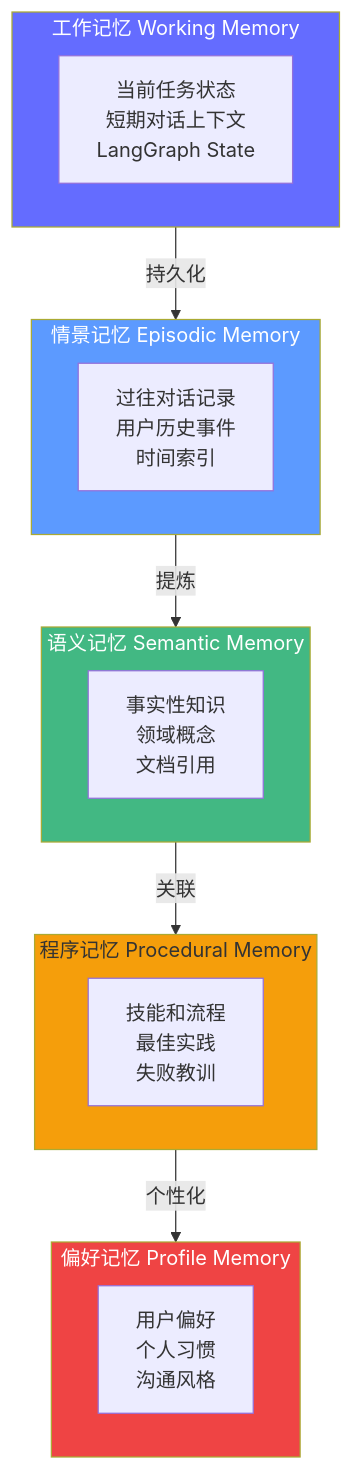
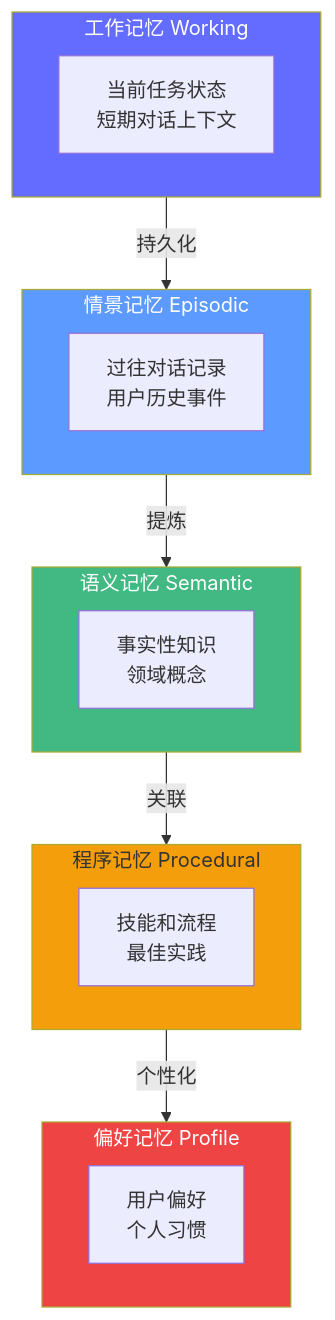
One commit to luoboask/fde-learning changed the diagram in docs-tools/agentic-ai/06-agent-memory.md. Above: the diagram before and after it, drawn with Mermaid. The commit also changed other lines of this file and 6 other files, not shown here.

First line of the commit message:
修复 Mermaid 语法错误，增加 05/06 章节技术深度

````diff
--- a/docs-tools/agentic-ai/06-agent-memory.md
+++ b/docs-tools/agentic-ai/06-agent-memory.md
@@ -34,33 +31,33 @@
 ```mermaid
 flowchart TD
-    subgraph L1["工作记忆 Working Memory"]
-        A["当前任务状态\n短期对话上下文\nLangGraph State"]
+    subgraph L1["工作记忆 Working"]
+        A["当前任务状态\n短期对话上下文"]
     end
 
-    subgraph L2["情景记忆 Episodic Memory"]
-        B["过往对话记录\n用户历史事件\n时间索引"]
+    subgraph L2["情景记忆 Episodic"]
+        B["过往对话记录\n用户历史事件"]
     end
 
-    subgraph L3["语义记忆 Semantic Memory"]
-        C["事实性知识\n领域概念\n文档引用"]
+    subgraph L3["语义记忆 Semantic"]
+        C["事实性知识\n领域概念"]
     end
 
-    subgraph L4["程序记忆 Procedural Memory"]
-        D["技能和流程\n最佳实践\n失败教训"]
+    subgraph L4["程序记忆 Procedural"]
+        D["技能和流程\n最佳实践"]
     end
 
-    subgraph L5["偏好记忆 Profile Memory"]
-        E["用户偏好\n个人习惯\n沟通风格"]
+    subgraph L5["偏好记忆 Profile"]
+        E["用户偏好\n个人习惯"]
     end
 
     L1 -->|"持久化"| L2
     L2 -->|"提炼"| L3
     L3 -->|"关联"| L4
     L4 -->|"个性化"| L5
 
     style L1 fill:#646cff,color:#fff
     style L2 fill:#5c9aff,color:#fff
     style L3 fill:#42b883,color:#fff
     style L4 fill:#f59e0b
     style L5 fill:#ef4444,color:#fff
 ```
````
